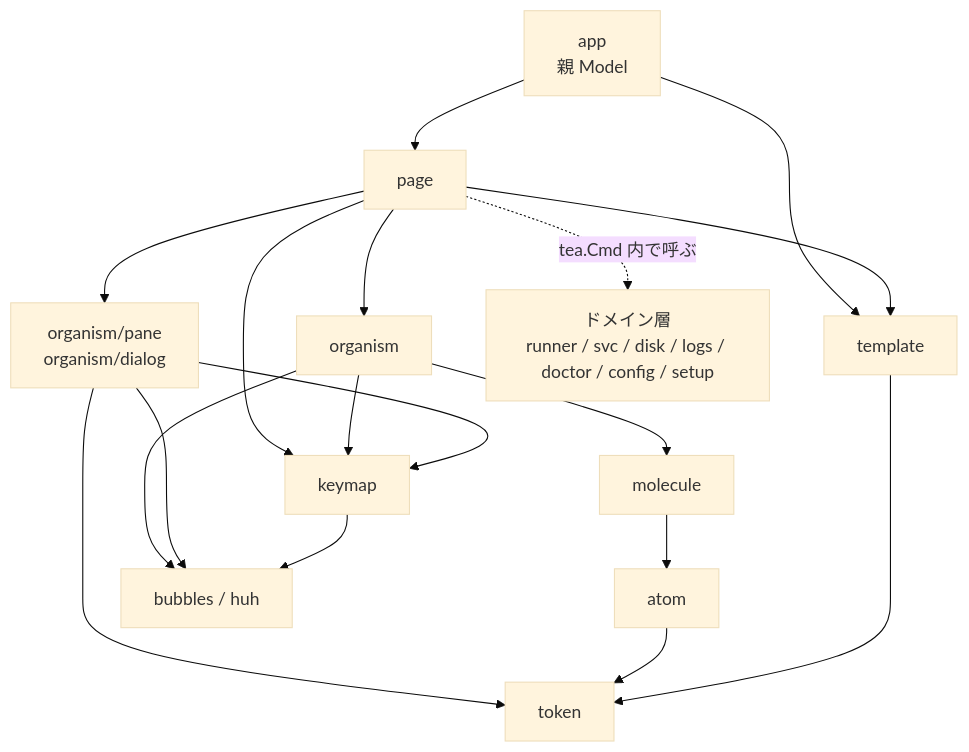
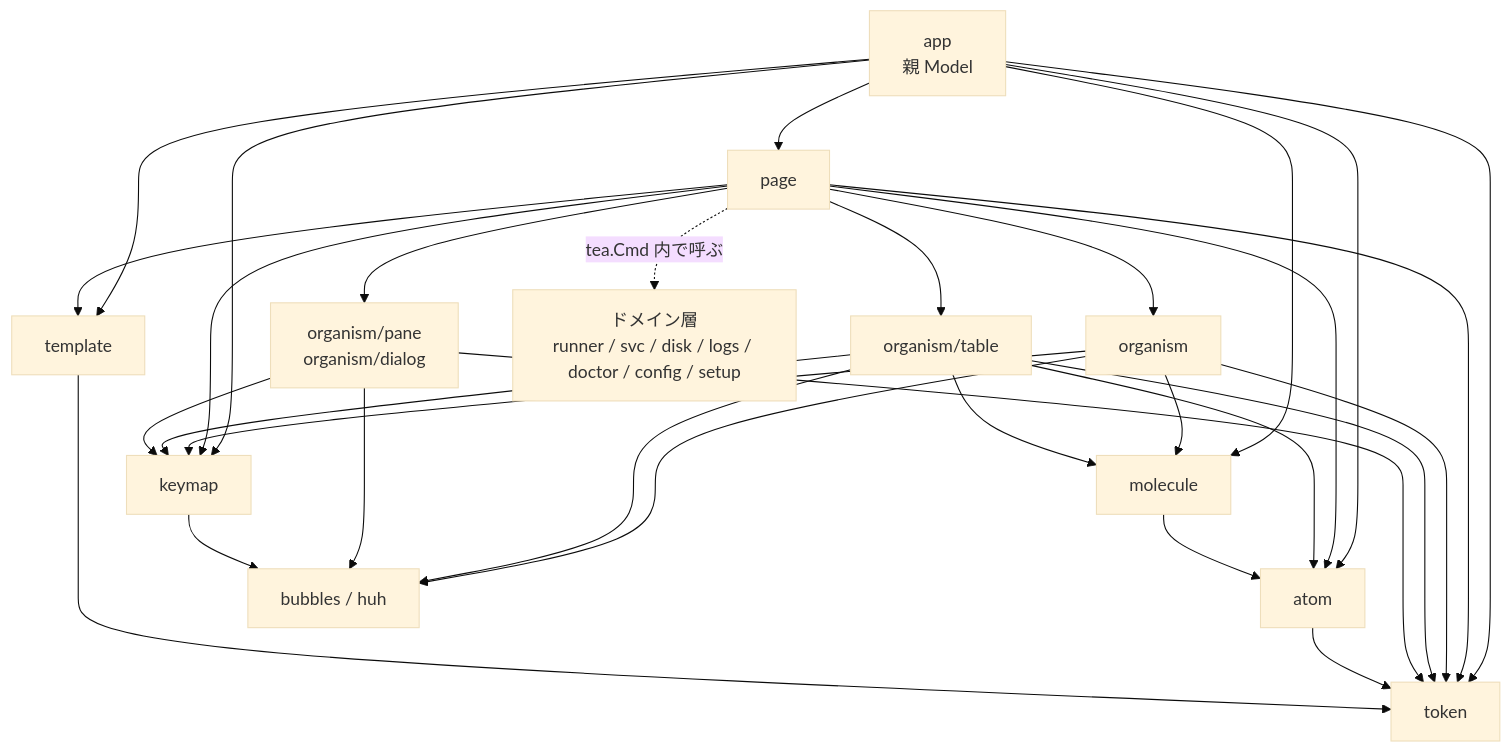
The second of 2 diagrams in docs/ui/atomic-design.md (ousiassllc/gsr-helper), drawn with Mermaid (base theme) before and after one commit. The commit also changed other lines of this file, not shown here.

````diff
--- a/docs/ui/atomic-design.md
+++ b/docs/ui/atomic-design.md
@@ -77,33 +88,47 @@
 ```mermaid
 graph TD
     App[app<br/>親 Model]
     Page[page]
     Tmpl[template]
     Org[organism]
+    OrgT[organism/table]
     OrgP[organism/pane<br/>organism/dialog]
     Mol[molecule]
     Atom[atom]
     Tok[token]
     Key[keymap]
 
     Domain[ドメイン層<br/>runner / svc / disk / logs / doctor / config / setup]
     Bub[bubbles / huh]
 
     App --> Page
     App --> Tmpl
+    App --> Key
+    App --> Mol
+    App --> Atom
+    App --> Tok
     Page --> Tmpl
     Page --> Org
+    Page --> OrgT
     Page --> OrgP
     Page --> Key
+    Page --> Atom
+    Page --> Tok
     Page -.->|tea.Cmd 内で呼ぶ| Domain
     Org --> Mol
     Org --> Bub
     Org --> Key
+    Org --> Tok
+    OrgT --> Mol
+    OrgT --> Atom
+    OrgT --> Bub
+    OrgT --> Key
+    OrgT --> Tok
     OrgP --> Bub
     OrgP --> Key
     OrgP --> Tok
     Mol --> Atom
     Atom --> Tok
     Tmpl --> Tok
     Key --> Bub
 ```
````
